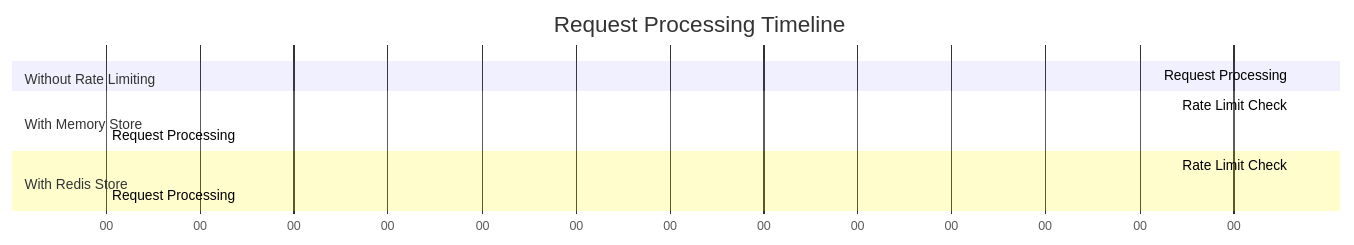
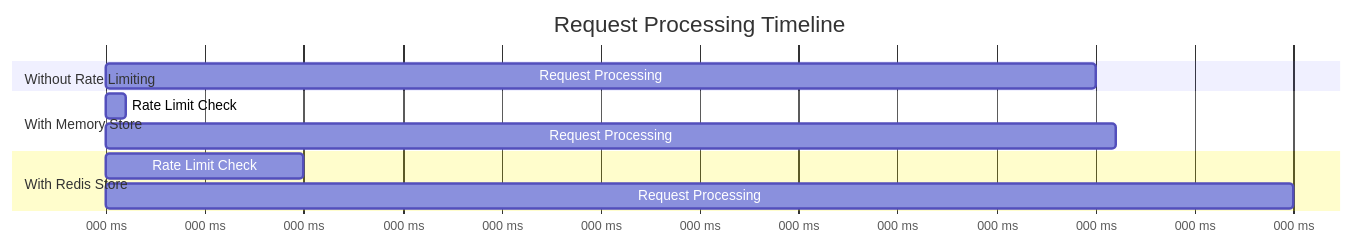
One commit to Pallepadehat/next-limitr changed the fifth of 5 diagrams in README.md. Above: the diagram before and after it, drawn with Mermaid. The commit also changed other lines of this file and 4 other files, not shown here.

````diff
--- a/README.md
+++ b/README.md
@@ -347,17 +347,17 @@
 ```mermaid
 gantt
     title Request Processing Timeline
-    dateFormat  s
-    axisFormat %S
-    
+    dateFormat  X
+    axisFormat %L ms
+
     section Without Rate Limiting
-    Request Processing : 0, 0.05
-    
+    Request Processing : 0, 50
+
     section With Memory Store
-    Rate Limit Check   : 0, 0.001
-    Request Processing : 0.001, 0.051
-    
+    Rate Limit Check   : 0, 1
+    Request Processing : 1, 51
+
     section With Redis Store
-    Rate Limit Check   : 0, 0.01
-    Request Processing : 0.01, 0.06
+    Rate Limit Check   : 0, 10
+    Request Processing : 10, 60
 ```
````
